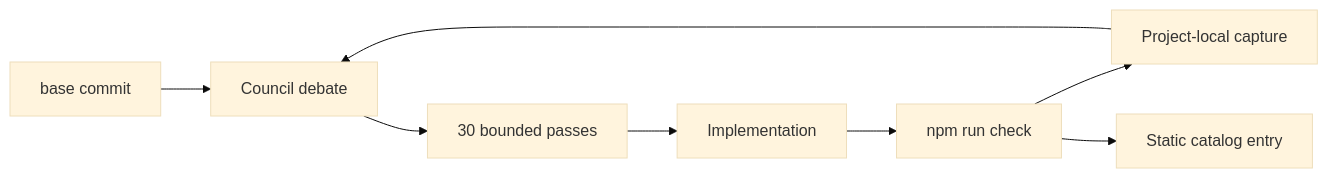
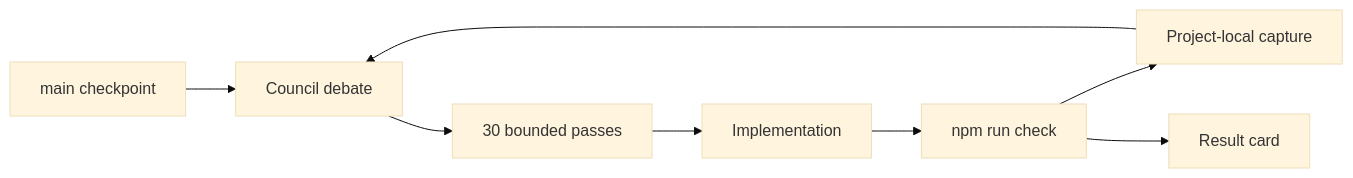
The diagram in README.md (puri-adityakumar/bell-loop), drawn with Mermaid (base theme) before and after one commit. The commit also changed other lines of this file and 8 other files, not shown here.

Commit message:
docs(benchmark): align space-bunny result with main checkpoint

````diff
--- a/README.md
+++ b/README.md
@@ -81,10 +81,10 @@
 ```mermaid
 flowchart LR
-  B[base commit] --> C[Council debate]
+  B[main checkpoint] --> C[Council debate]
   C --> P[30 bounded passes]
   P --> I[Implementation]
   I --> G[npm run check]
   G --> S[Project-local capture]
   S --> C
-  G --> D[Static catalog entry]
+  G --> D[Result card]
 ```
````
